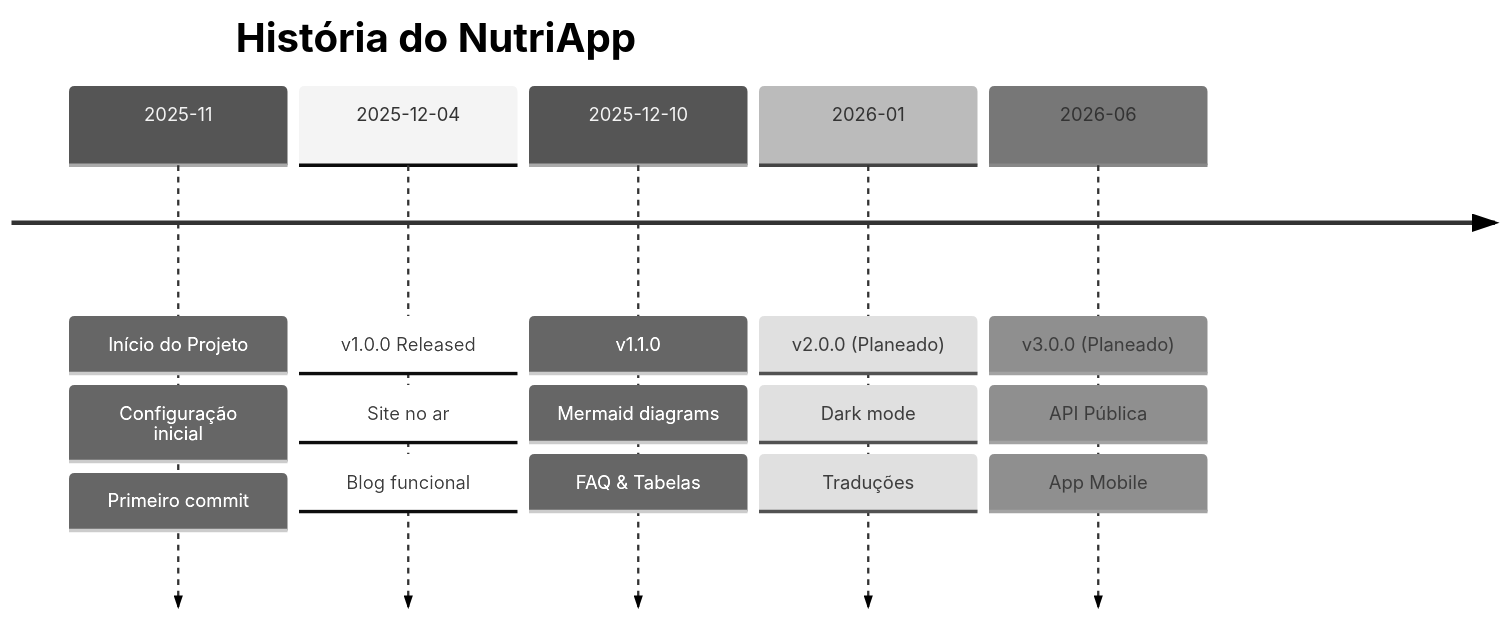
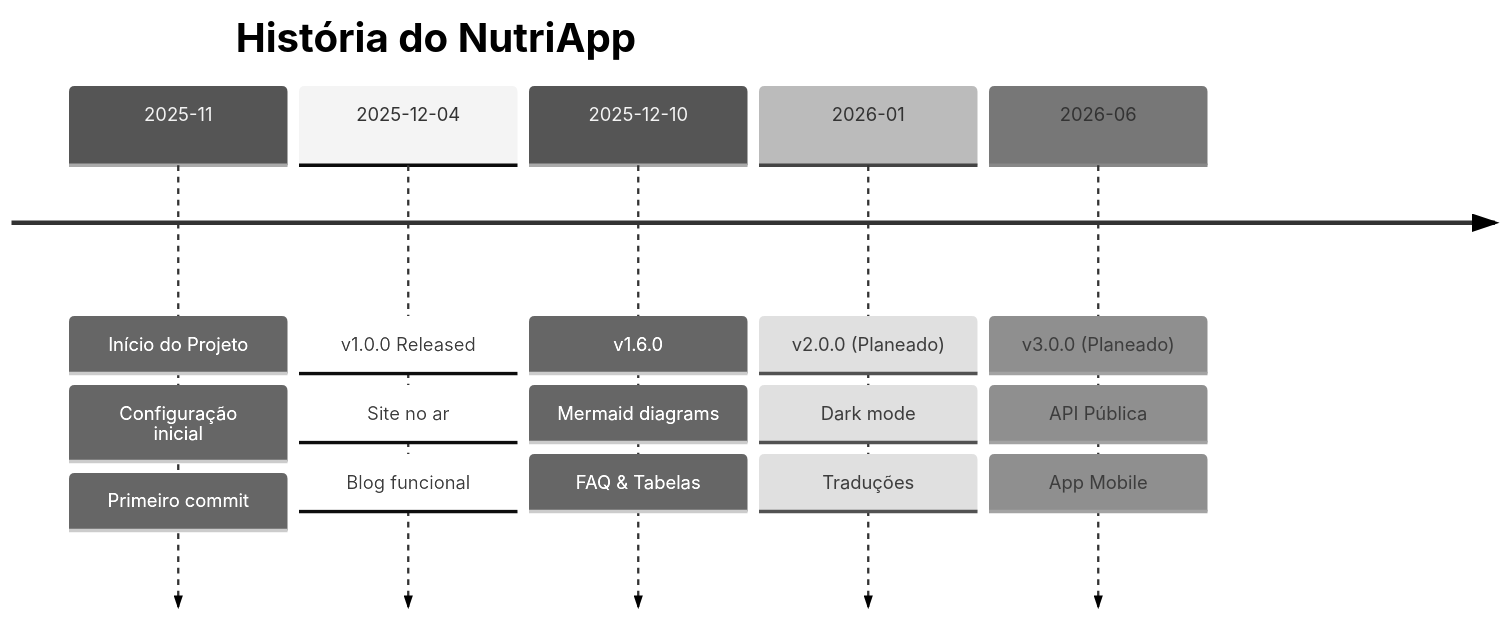
Before and after one commit to DevPool1/TP-ADC-SITE: the diagram in src/pages/roadmap.md, drawn with Mermaid (neutral theme). The commit also changed other lines of this file and 2 other files, not shown here.

````diff
--- a/src/pages/roadmap.md
+++ b/src/pages/roadmap.md
@@ -116,19 +116,19 @@
 ```mermaid
 timeline
     title História do NutriApp
     2025-11 : Início do Projeto
             : Configuração inicial
             : Primeiro commit
     2025-12-04 : v1.0.0 Released
               : Site no ar
               : Blog funcional
-    2025-12-10 : v1.1.0 
+    2025-12-10 : v1.6.0 
               : Mermaid diagrams
               : FAQ & Tabelas
     2026-01 : v2.0.0 (Planeado)
             : Dark mode
             : Traduções
     2026-06 : v3.0.0 (Planeado)
             : API Pública
             : App Mobile
 ```
````
